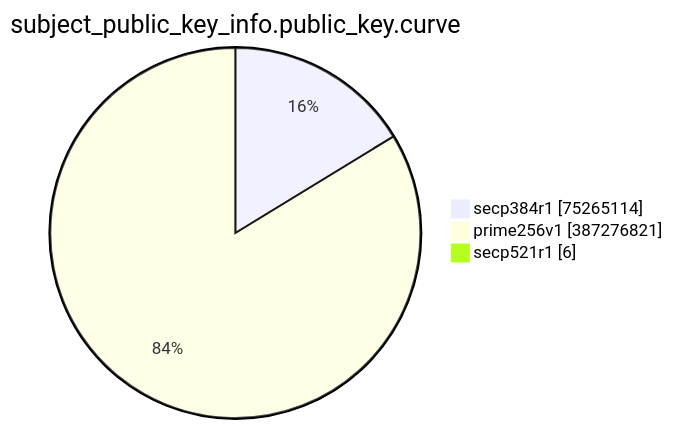
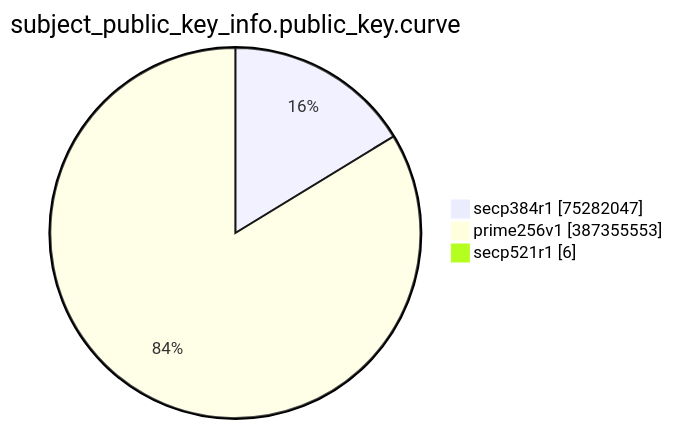
The eighth of 15 diagrams in TOTAL/README.md (christiankrug/ctmonitor_visualization), drawn with Mermaid before and after one commit. The commit also changed other lines of this file, not shown here.

````diff
--- a/TOTAL/README.md
+++ b/TOTAL/README.md
@@ -3094,7 +3094,7 @@
 ```mermaid
 pie showData
 title subject_public_key_info.public_key.curve
-"secp384r1" :75265114
-"prime256v1" :387276821
+"secp384r1" :75282047
+"prime256v1" :387355553
 "secp521r1" :6
 ```
````
